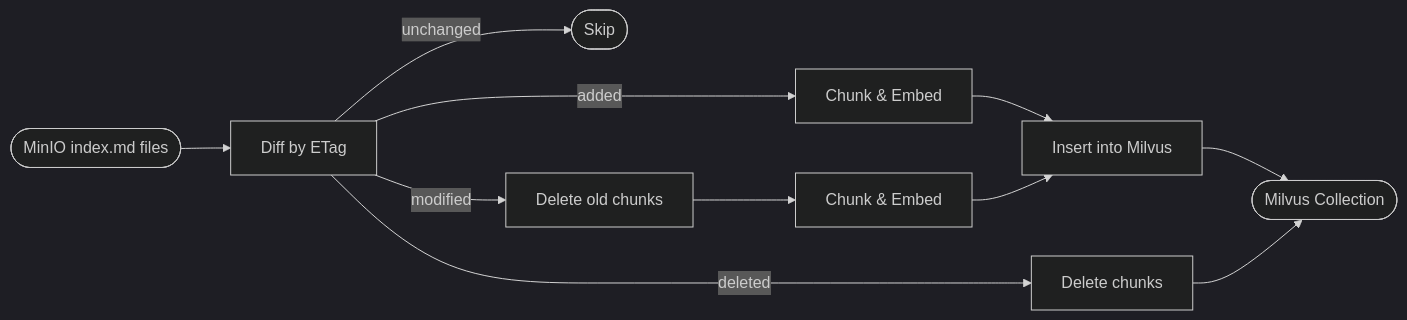
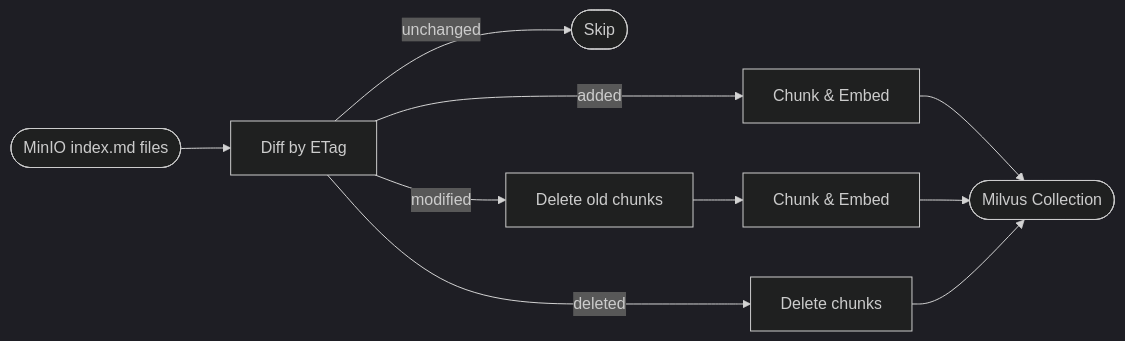
The diagram in presentation/mermaid/milvus-ingestion-flow.mmd (konica/present-milvus-search), drawn with Mermaid (dark theme) before and after one commit. The commit also changed 15 other files, not shown here.

```diff
--- a/presentation/mermaid/milvus-ingestion-flow.mmd
+++ b/presentation/mermaid/milvus-ingestion-flow.mmd
@@ -1,11 +1,10 @@
 flowchart LR
     A([MinIO index.md files]) --> B[Diff by ETag]
     B -->|unchanged| SK([Skip])
     B -->|added| C[Chunk & Embed]
     B -->|modified| D[Delete old chunks]
     B -->|deleted| DEL[Delete chunks]
-    C --> INS[Insert into Milvus]
+    C --> M([Milvus Collection])
     D --> RE[Chunk & Embed]
-    RE --> INS
-    INS --> M([Milvus Collection])
+    RE --> M
     DEL --> M
```
